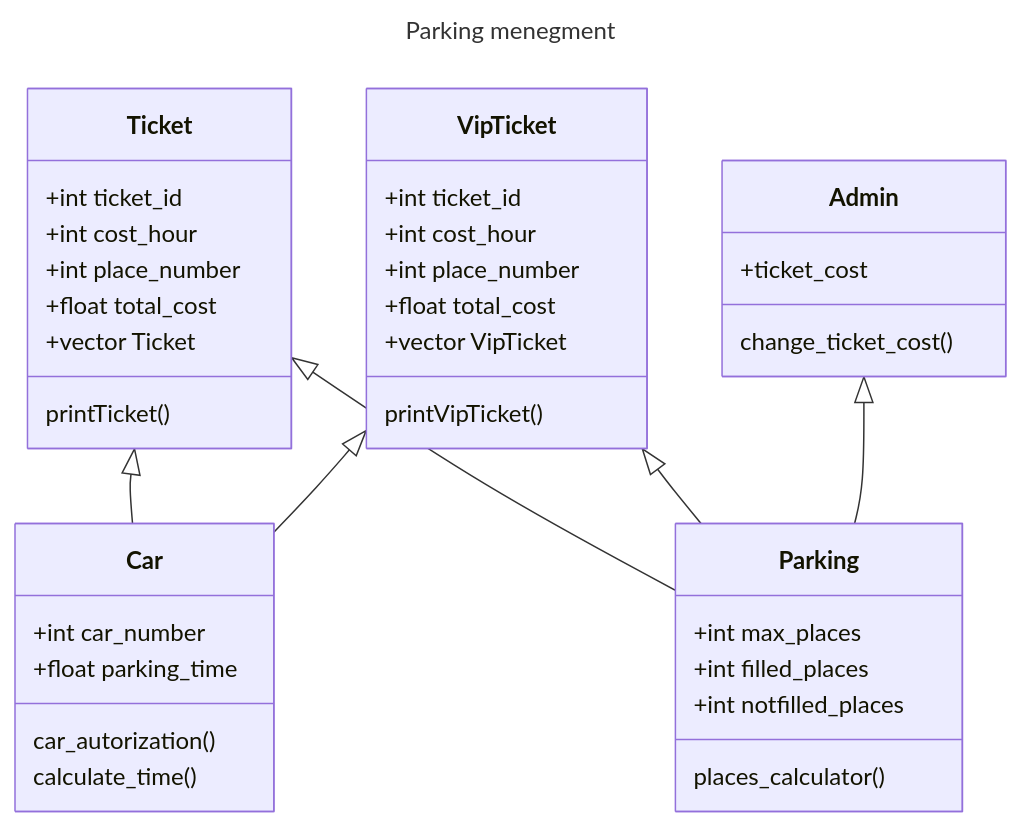
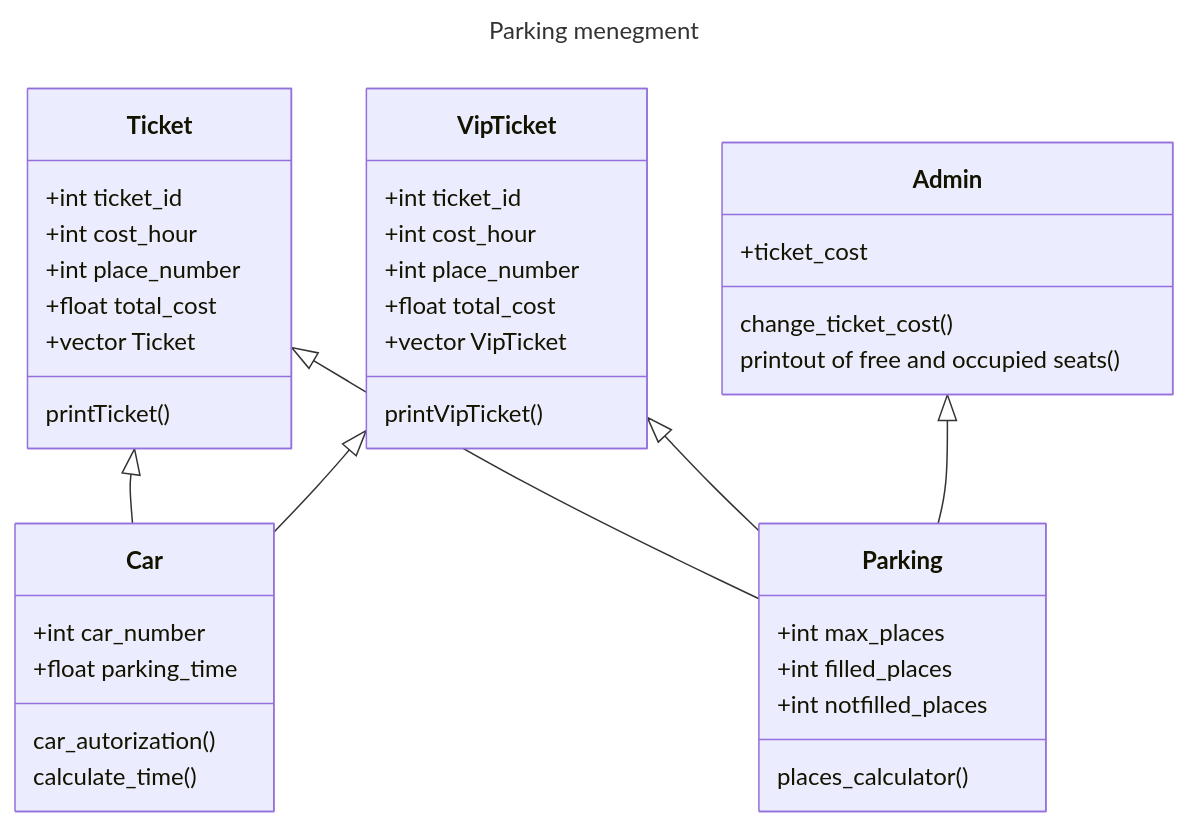
The diagram in diagram.md (alanarzumanjan/Parking), drawn with Mermaid before and after one commit. The commit also changed 2 other files, not shown here.

````diff
--- a/diagram.md
+++ b/diagram.md
@@ -1,45 +1,46 @@
 ```mermaid
 --- 
 title: Parking menegment
 ---
 classDiagram
     class Car
         Car : +int car_number
         Car : +float parking_time
         Car : car_autorization()
         Car : calculate_time()
 
     class Parking
         Parking : +int max_places
         Parking : +int filled_places
         Parking : +int notfilled_places
         Parking : places_calculator()
 
     class Ticket
         Ticket : +int ticket_id
         Ticket : +int cost_hour
         Ticket : +int place_number
         Ticket : +float total_cost
         Ticket : +vector Ticket
         Ticket : printTicket()
 
     class VipTicket
         VipTicket : +int ticket_id
         VipTicket : +int cost_hour
         VipTicket : +int place_number
         VipTicket : +float total_cost
         VipTicket : +vector VipTicket
         VipTicket : printVipTicket()
     
     class Admin
         Admin : +ticket_cost
         Admin : change_ticket_cost()
+        Admin : printout of free and occupied seats()
     
 
     Ticket <|-- Car
     VipTicket <|-- Car
     Ticket <|-- Parking
     VipTicket <|-- Parking
     Admin <|-- Parking
     
 ```
````
